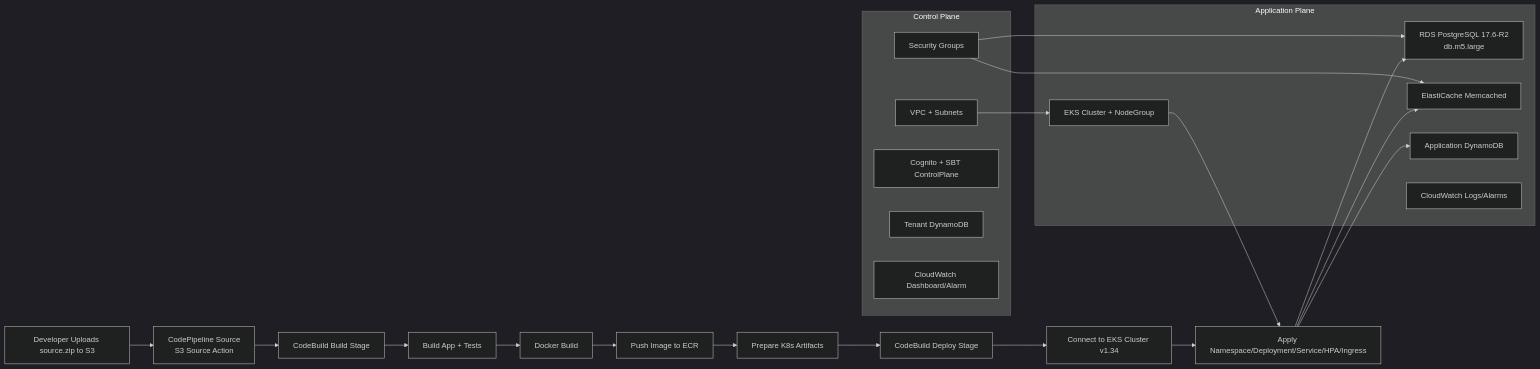
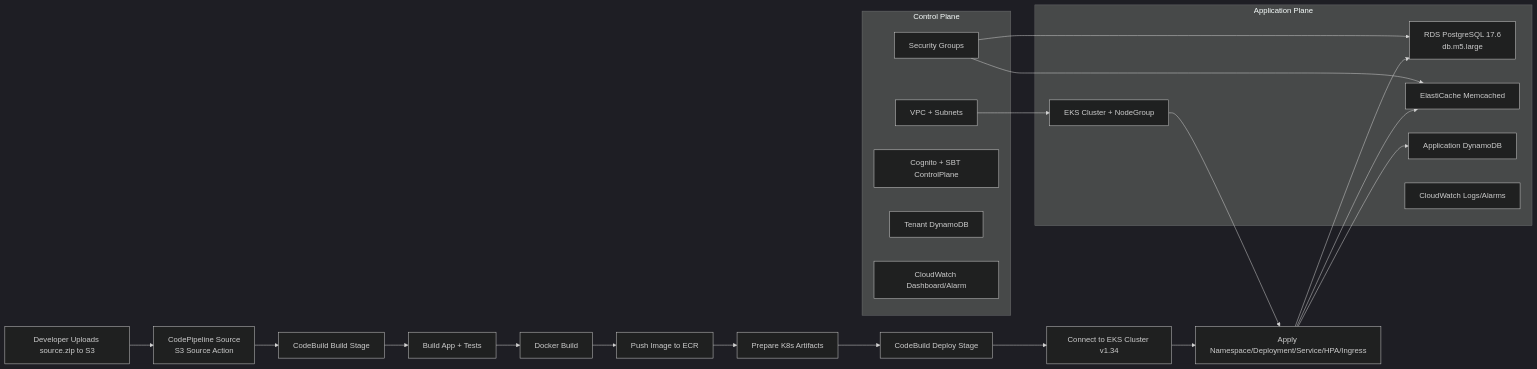
The diagram in README.md (rahultiple31/med-aws-repo), drawn with Mermaid (dark theme) before and after one commit. The commit also changed 3 other files, not shown here.

````diff
--- a/README.md
+++ b/README.md
@@ -1,38 +1,38 @@
 ```mermaid
 flowchart LR
   A[Developer Uploads source.zip to S3] --> B[CodePipeline Source<br/>S3 Source Action]
   B --> C[CodeBuild Build Stage]
   C --> D[Build App + Tests]
   D --> E[Docker Build]
   E --> F[Push Image to ECR]
   F --> G[Prepare K8s Artifacts]
 
   G --> H[CodeBuild Deploy Stage]
   H --> I[Connect to EKS Cluster v1.34]
   I --> J[Apply Namespace/Deployment/Service/HPA/Ingress]
 
   subgraph Control Plane
     CP1[VPC + Subnets]
     CP2[Security Groups]
     CP3[Cognito + SBT ControlPlane]
     CP4[Tenant DynamoDB]
     CP5[CloudWatch Dashboard/Alarm]
   end
 
   subgraph Application Plane
     AP1[EKS Cluster + NodeGroup]
-    AP2[RDS PostgreSQL 17.6-R2<br/>db.m5.large]
+    AP2[RDS PostgreSQL 17.6<br/>db.m5.large]
     AP3[ElastiCache Memcached]
     AP4[Application DynamoDB]
     AP5[CloudWatch Logs/Alarms]
   end
 
   CP1 --> AP1
   CP2 --> AP2
   CP2 --> AP3
   AP1 --> J
   J --> AP2
   J --> AP3
   J --> AP4
 
 ```
````
